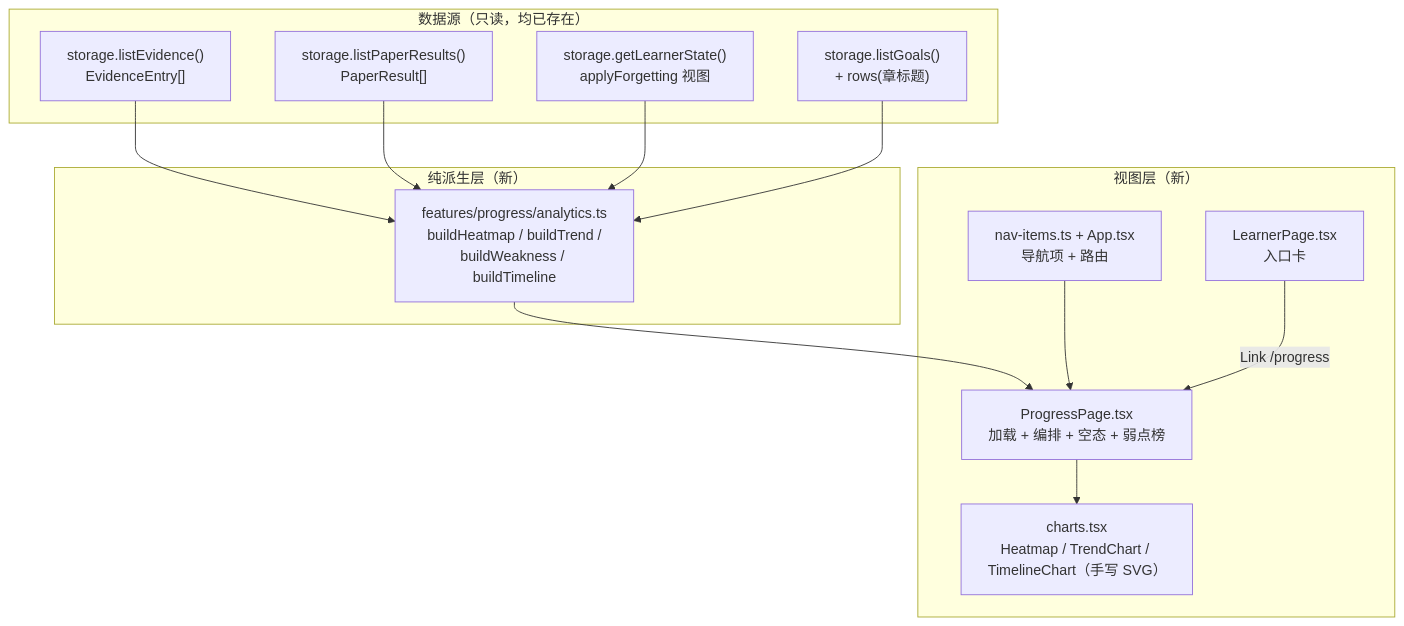
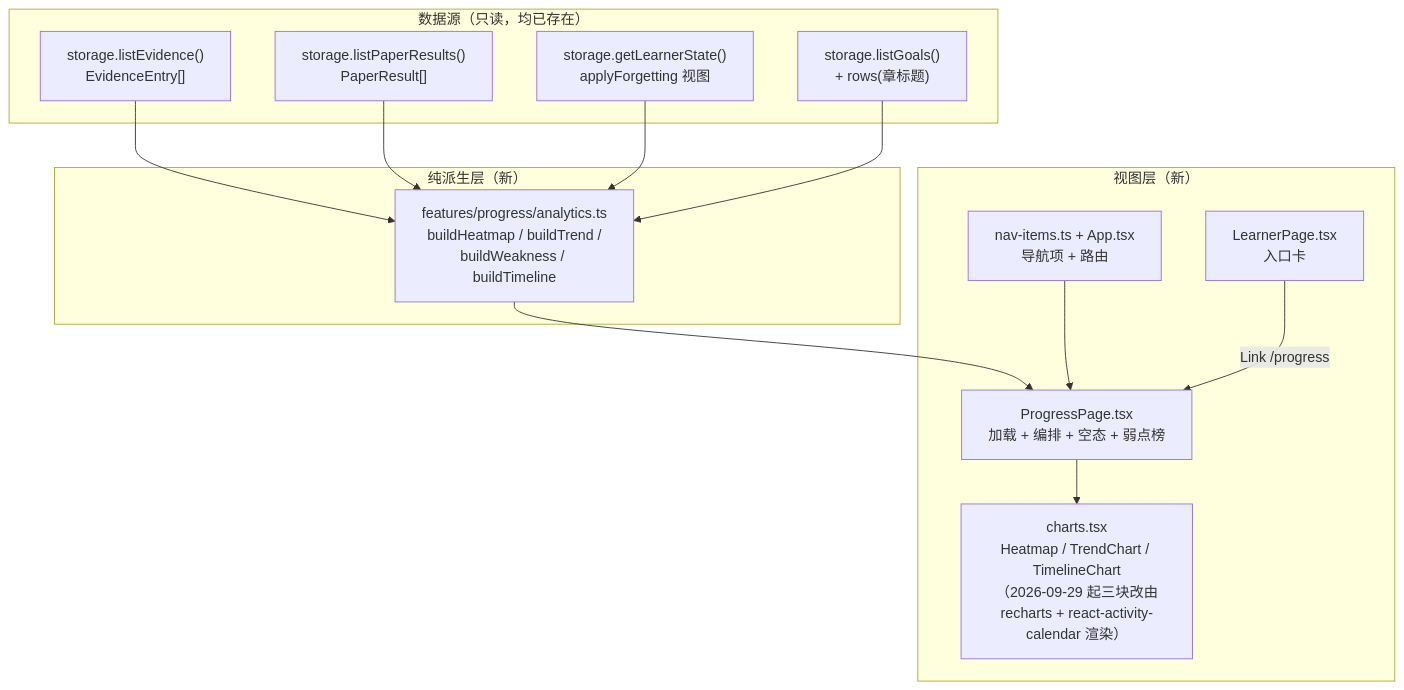
Before and after one commit to JackXuyi/Personal-Learning-OS: the first of 2 diagrams in docs/progress-analytics-design-2026-09.md, drawn with Mermaid. The commit also changed other lines of this file and 3 other files, not shown here.

First line of the commit message:
docs(progress): 换库方案 v3 落盘 + runbook + 「不引图表库」结论全量回扫

````diff
--- a/docs/progress-analytics-design-2026-09.md
+++ b/docs/progress-analytics-design-2026-09.md
@@ -139,29 +139,29 @@
 ```mermaid
 flowchart TB
   subgraph Data["数据源（只读，均已存在）"]
     E["storage.listEvidence()<br/>EvidenceEntry[]"]
     R["storage.listPaperResults()<br/>PaperResult[]"]
     L["storage.getLearnerState()<br/>applyForgetting 视图"]
     G["storage.listGoals()<br/>+ rows(章标题)"]
   end
 
   subgraph Pure["纯派生层（新）"]
     A["features/progress/analytics.ts<br/>buildHeatmap / buildTrend /<br/>buildWeakness / buildTimeline"]
   end
 
   subgraph UI["视图层（新）"]
     P["ProgressPage.tsx<br/>加载 + 编排 + 空态 + 弱点榜"]
-    C["charts.tsx<br/>Heatmap / TrendChart / TimelineChart（手写 SVG）"]
+    C["charts.tsx<br/>Heatmap / TrendChart / TimelineChart<br/>（2026-09-29 起三块改由<br/>recharts + react-activity-calendar 渲染）"]
     N["nav-items.ts + App.tsx<br/>导航项 + 路由"]
     LP["LearnerPage.tsx<br/>入口卡"]
   end
 
   E --> A
   R --> A
   L --> A
   G --> A
   A --> P
   P --> C
   N --> P
   LP -->|Link /progress| P
 ```
````
